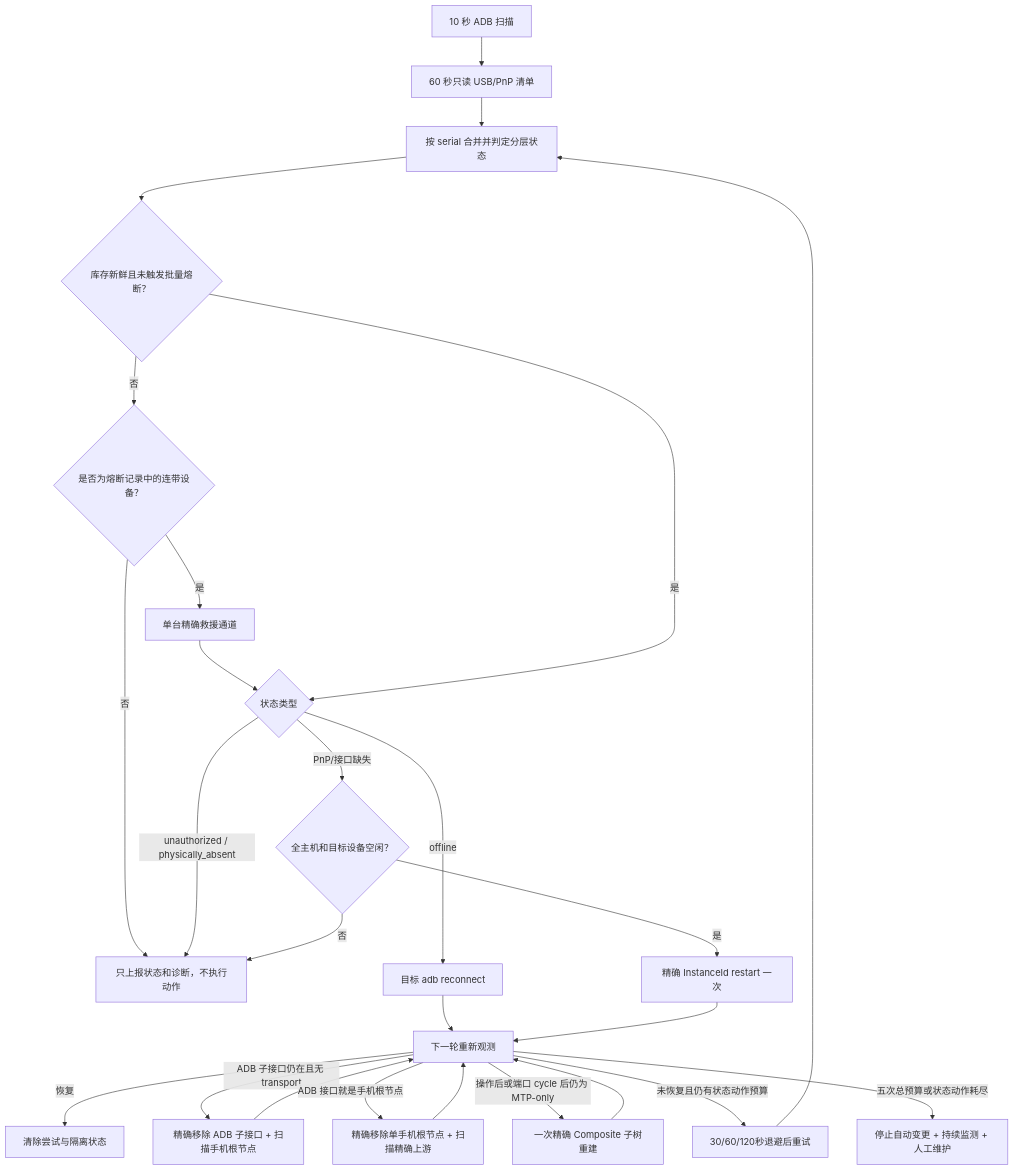
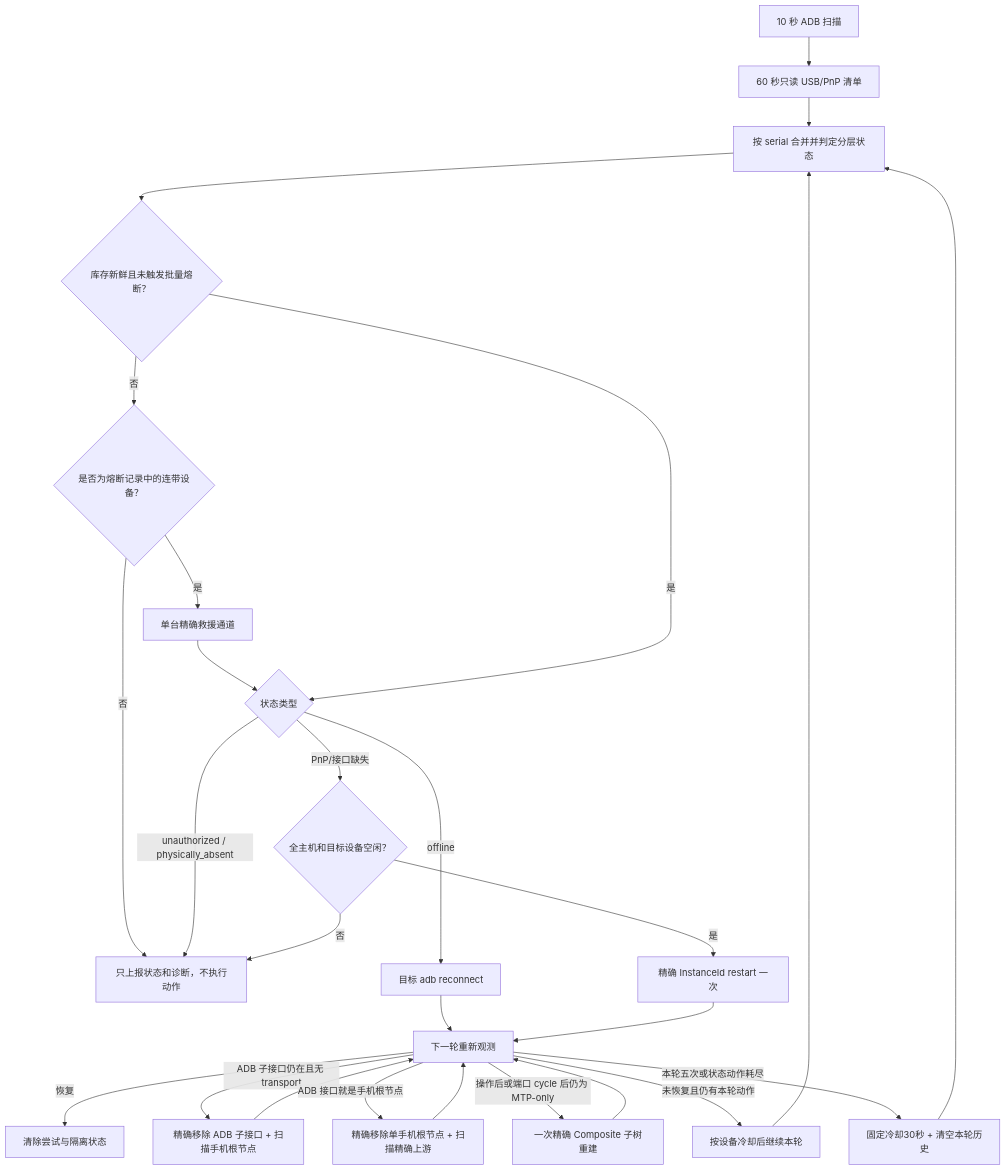
The second of 3 diagrams in docs/PROJECT_DEVELOPMENT.md (yyx021230/phone-cloud-platform), drawn with Mermaid before and after one commit. The commit also changed other lines of this file and 89 other files, not shown here.

````diff
--- a/docs/PROJECT_DEVELOPMENT.md
+++ b/docs/PROJECT_DEVELOPMENT.md
@@ -512,28 +669,29 @@
 ```mermaid
 flowchart TD
     S["10 秒 ADB 扫描"] --> I["60 秒只读 USB/PnP 清单"]
     I --> C["按 serial 合并并判定分层状态"]
     C --> B{"库存新鲜且未触发批量熔断？"}
     B -- "否" --> J{"是否为熔断记录中的连带设备？"}
     J -- "否" --> O["只上报状态和诊断，不执行动作"]
     J -- "是" --> L["单台精确救援通道"]
     L --> T
     B -- "是" --> T{"状态类型"}
     T -- "unauthorized / physically_absent" --> O
     T -- "offline" --> R["目标 adb reconnect"]
     T -- "PnP/接口缺失" --> Q{"全主机和目标设备空闲？"}
     Q -- "否" --> O
     Q -- "是" --> P["精确 InstanceId restart 一次"]
     R --> V["下一轮重新观测"]
     P --> V
     V -- "恢复" --> OK["清除尝试与隔离状态"]
     V -- "ADB 子接口仍在且无 transport" --> E["精确移除 ADB 子接口 + 扫描手机根节点"]
     V -- "ADB 接口就是手机根节点" --> G["精确移除单手机根节点 + 扫描精确上游"]
     V -- "操作后或端口 cycle 后仍为 MTP-only" --> M["一次精确 Composite 子树重建"]
     E --> V
     G --> V
     M --> V
-    V -- "未恢复且仍有状态动作预算" --> W["30/60/120秒退避后重试"]
+    V -- "未恢复且仍有本轮动作" --> W["按设备冷却后继续本轮"]
     W --> C
-    V -- "五次总预算或状态动作耗尽" --> X["停止自动变更 + 持续监测 + 人工维护"]
+    V -- "本轮五次或状态动作耗尽" --> X["固定冷却30秒 + 清空本轮历史"]
+    X --> C
 ```
````
